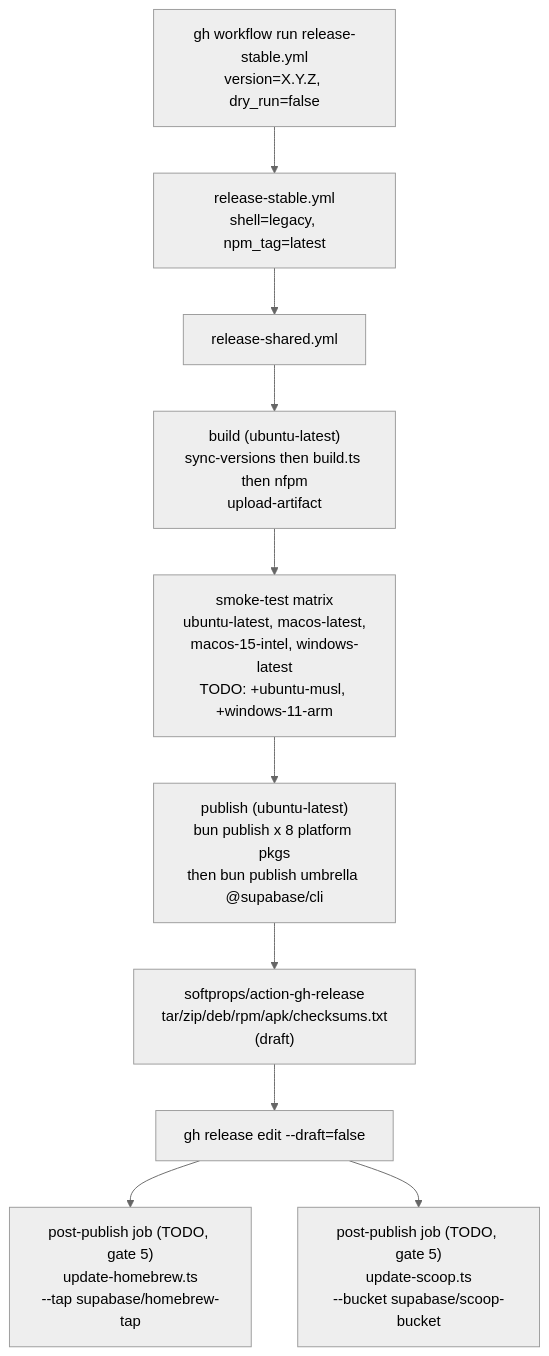
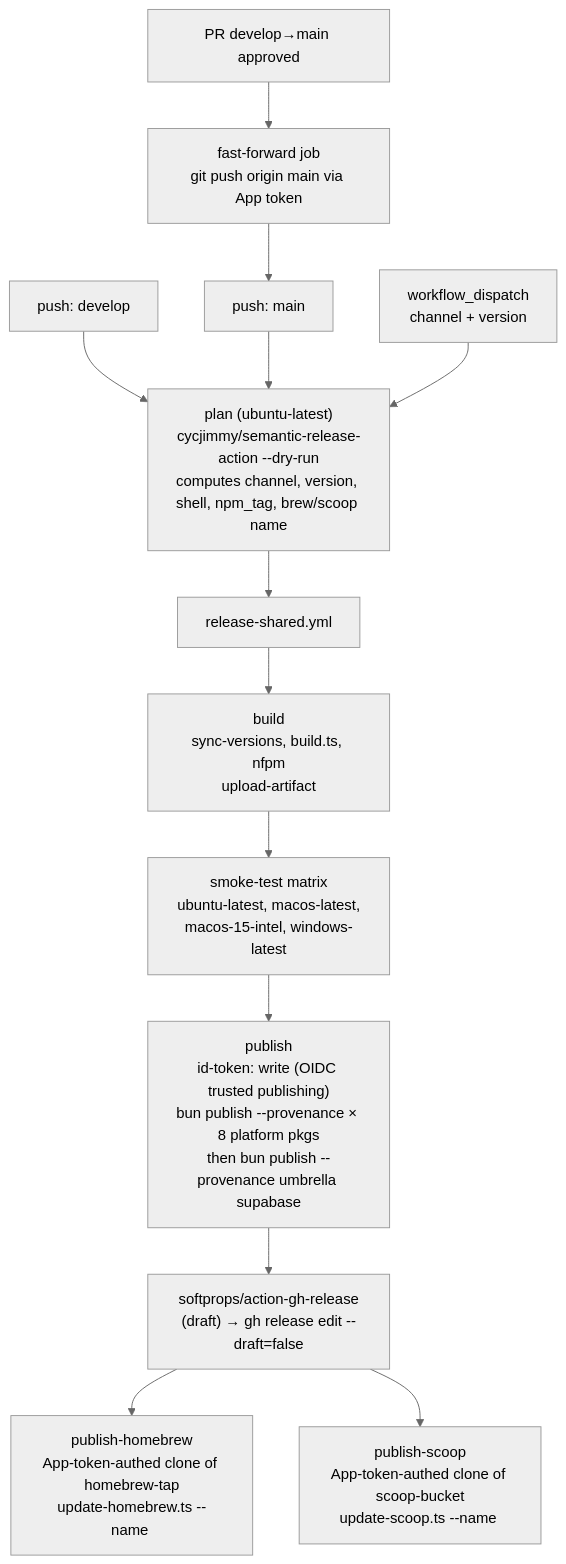
The second of 2 diagrams in apps/cli/docs/release-process.md (supabase/cli), drawn with Mermaid (neutral theme) before and after one commit. The commit also changed other lines of this file and 56 other files, not shown here.

````diff
--- a/apps/cli/docs/release-process.md
+++ b/apps/cli/docs/release-process.md
@@ -218,18 +223,19 @@
 ```mermaid
 flowchart TD
-    trigger["gh workflow run release-stable.yml<br/>version=X.Y.Z, dry_run=false"]
-    stable["release-stable.yml<br/>shell=legacy, npm_tag=latest"]
+    pushDev[push: develop] --> plan
+    pushMain[push: main] --> plan
+    pr[PR develop→main approved] --> ff[fast-forward job<br/>git push origin main via App token]
+    ff --> pushMain
+    dispatch[workflow_dispatch<br/>channel + version] --> plan
+
+    plan["plan (ubuntu-latest)<br/>cycjimmy/semantic-release-action --dry-run<br/>computes channel, version, shell, npm_tag, brew/scoop name"]
+    plan --> shared
+
     shared["release-shared.yml"]
-    build["build (ubuntu-latest)<br/>sync-versions then build.ts then nfpm<br/>upload-artifact"]
-    smoke["smoke-test matrix<br/>ubuntu-latest, macos-latest,<br/>macos-15-intel, windows-latest<br/>TODO: +ubuntu-musl, +windows-11-arm"]
-    publish["publish (ubuntu-latest)<br/>bun publish x 8 platform pkgs<br/>then bun publish umbrella @supabase/cli"]
-    draft["softprops/action-gh-release<br/>tar/zip/deb/rpm/apk/checksums.txt<br/>(draft)"]
-    final["gh release edit --draft=false"]
-    hb["post-publish job (TODO, gate 5)<br/>update-homebrew.ts<br/>--tap supabase/homebrew-tap"]
-    sc["post-publish job (TODO, gate 5)<br/>update-scoop.ts<br/>--bucket supabase/scoop-bucket"]
-
-    trigger --> stable --> shared
-    shared --> build --> smoke --> publish --> draft --> final
-    final --> hb
-    final --> sc
+    shared --> build["build<br/>sync-versions, build.ts, nfpm<br/>upload-artifact"]
+    build --> smoke["smoke-test matrix<br/>ubuntu-latest, macos-latest,<br/>macos-15-intel, windows-latest"]
+    smoke --> pub["publish<br/>id-token: write (OIDC trusted publishing)<br/>bun publish --provenance × 8 platform pkgs<br/>then bun publish --provenance umbrella supabase"]
+    pub --> rel["softprops/action-gh-release<br/>(draft) → gh release edit --draft=false"]
+    rel --> hb["publish-homebrew<br/>App-token-authed clone of homebrew-tap<br/>update-homebrew.ts --name <brew_name>"]
+    rel --> sc["publish-scoop<br/>App-token-authed clone of scoop-bucket<br/>update-scoop.ts --name <scoop_name>"]
 ```
````
